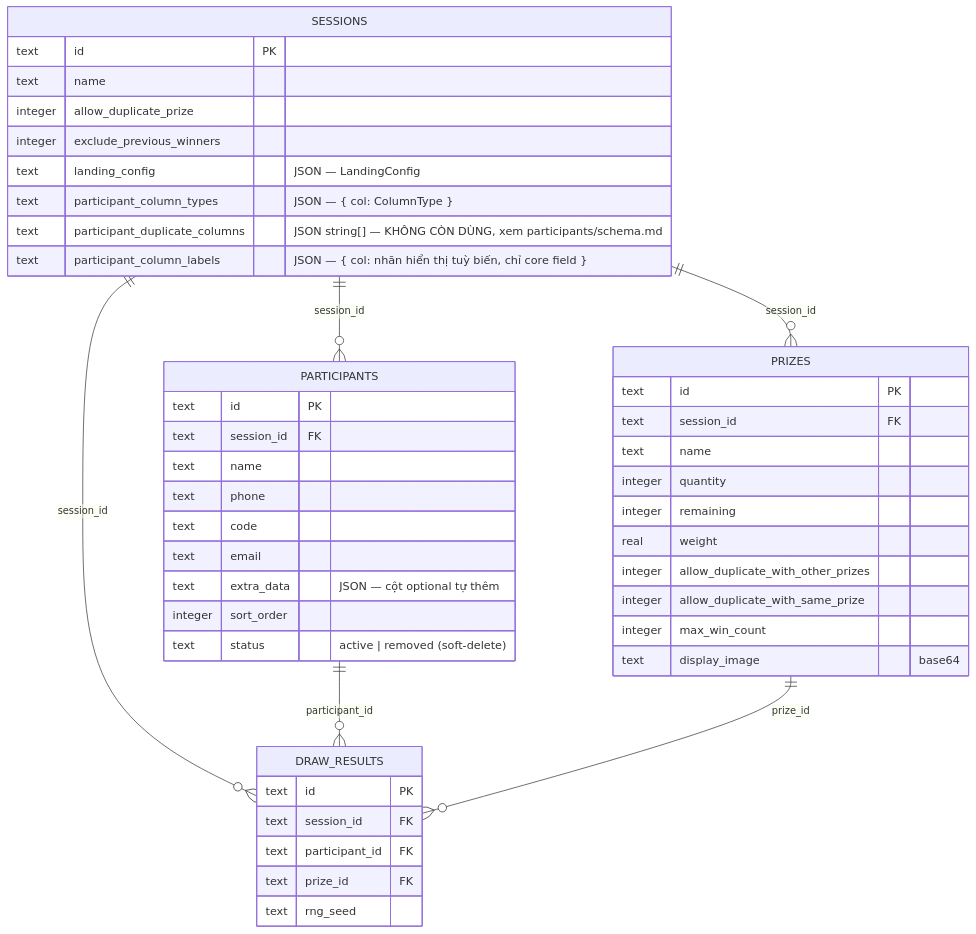
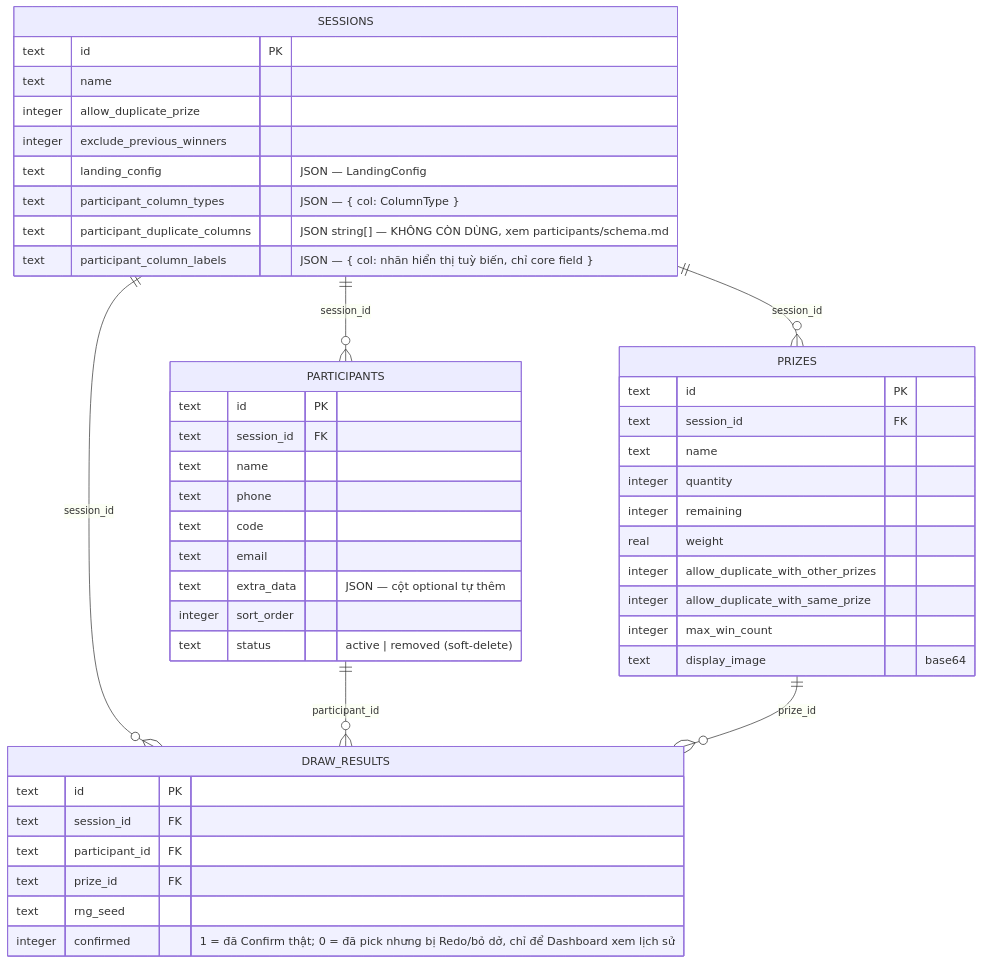
Before and after one commit to nhatquang-nguyen-129/display_lucky_draw: the diagram in docs/architecture/database-schema.md, drawn with Mermaid. The commit also changed 9 other files, not shown here.

````diff
--- a/docs/architecture/database-schema.md
+++ b/docs/architecture/database-schema.md
@@ -7,49 +7,50 @@
 ```mermaid
 erDiagram
   SESSIONS ||--o{ PARTICIPANTS : session_id
   SESSIONS ||--o{ PRIZES : session_id
   SESSIONS ||--o{ DRAW_RESULTS : session_id
   PARTICIPANTS ||--o{ DRAW_RESULTS : participant_id
   PRIZES ||--o{ DRAW_RESULTS : prize_id
 
   SESSIONS {
     text id PK
     text name
     integer allow_duplicate_prize
     integer exclude_previous_winners
     text landing_config "JSON — LandingConfig"
     text participant_column_types "JSON — { col: ColumnType }"
     text participant_duplicate_columns "JSON string[] — KHÔNG CÒN DÙNG, xem participants/schema.md"
     text participant_column_labels "JSON — { col: nhãn hiển thị tuỳ biến, chỉ core field }"
   }
   PARTICIPANTS {
     text id PK
     text session_id FK
     text name
     text phone
     text code
     text email
     text extra_data "JSON — cột optional tự thêm"
     integer sort_order
     text status "active | removed (soft-delete)"
   }
   PRIZES {
     text id PK
     text session_id FK
     text name
     integer quantity
     integer remaining
     real weight
     integer allow_duplicate_with_other_prizes
     integer allow_duplicate_with_same_prize
     integer max_win_count
     text display_image "base64"
   }
   DRAW_RESULTS {
     text id PK
     text session_id FK
     text participant_id FK
     text prize_id FK
     text rng_seed
+    integer confirmed "1 = đã Confirm thật; 0 = đã pick nhưng bị Redo/bỏ dở, chỉ để Dashboard xem lịch sử"
   }
 ```
````
